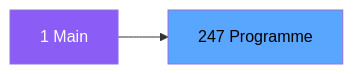
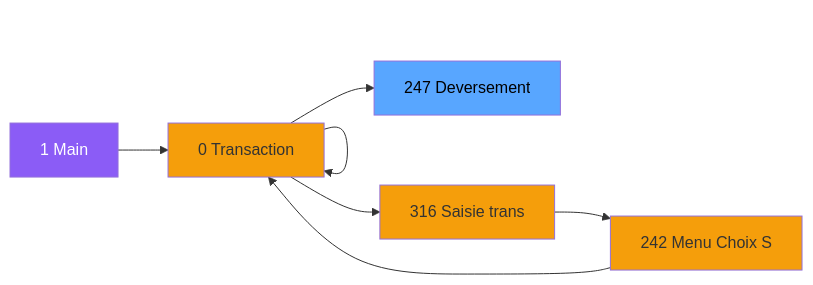
The second of 3 diagrams in .openspec/specs/ADH-IDE-247.md (thonyAGP/magic-migration), drawn with Mermaid before and after one commit. The commit also changed other lines of this file and 323 other files, not shown here.

````diff
--- a/.openspec/specs/ADH-IDE-247.md
+++ b/.openspec/specs/ADH-IDE-247.md
@@ -135,8 +161,23 @@
 ```mermaid
 graph LR
     M[1 Main]
-    T[247 Programme]
-    M --> T
+    N0[0 Transaction ]
+    N0[0 Transaction ]
+    N316[316 Saisie trans]
+    N242[242 Menu Choix S]
+    N0[0 Transaction ]
+    T[247 Deversement ]
+    M --> N0
+    N0 --> N0
+    N0 --> N316
+    N316 --> N242
+    N242 --> N0
+    N0 --> T
     style M fill:#8b5cf6,color:#fff
+    style N0 fill:#f59e0b
+    style N0 fill:#f59e0b
+    style N316 fill:#f59e0b
+    style N242 fill:#f59e0b
+    style N0 fill:#f59e0b
     style T fill:#58a6ff,color:#000
 ```
````
